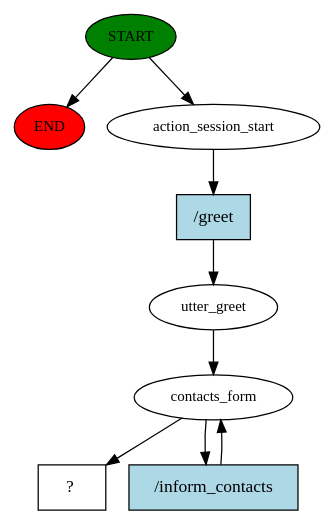
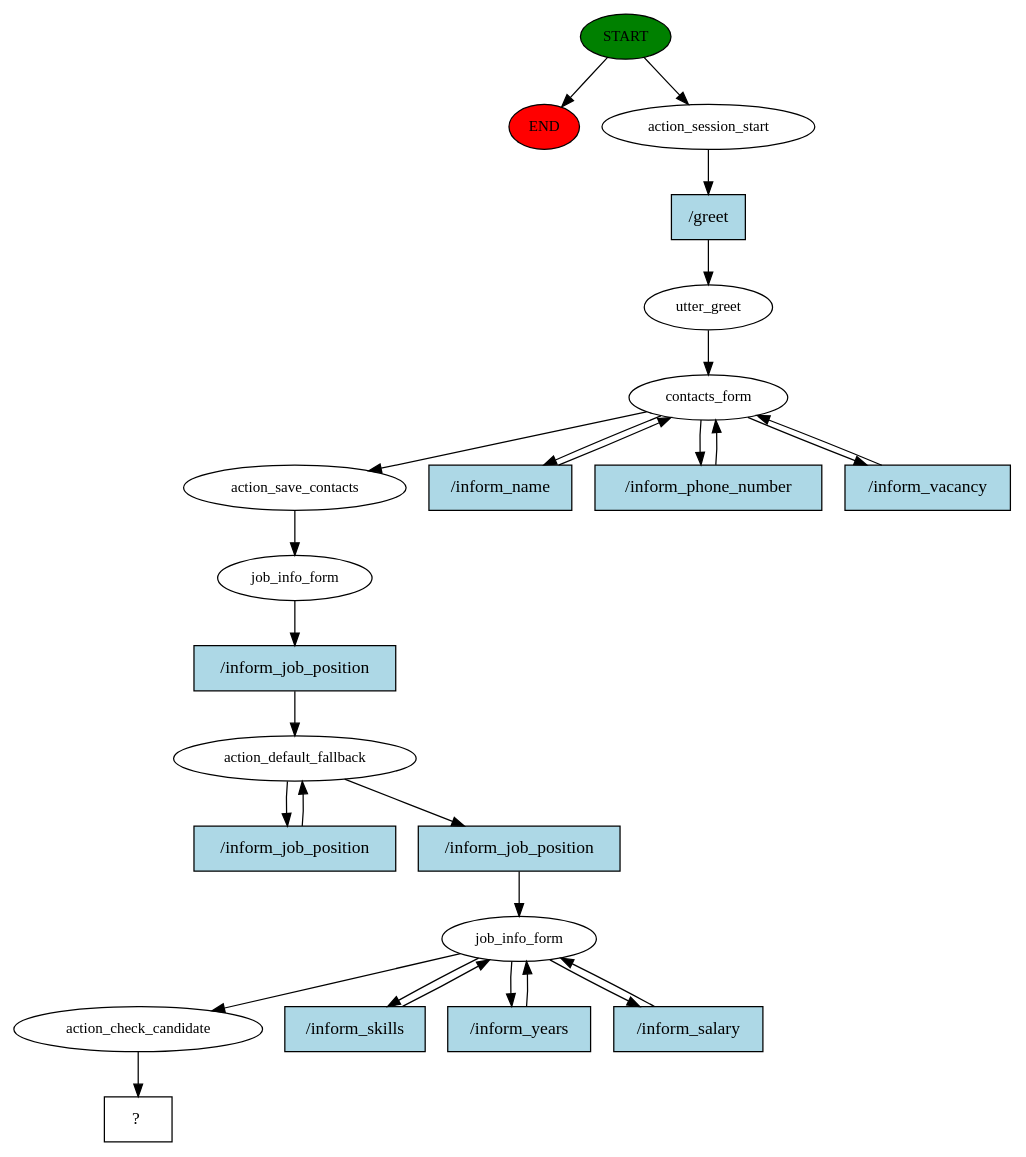
The diagram in story_graph.dot (blufox21/rasa_hr_bot), drawn with Graphviz before and after one commit. The commit also changed 206 other files, not shown here.

```diff
--- a/story_graph.dot
+++ b/story_graph.dot
@@ -1,18 +1,50 @@
 digraph  {
 0 [class="start active", fillcolor=green, fontsize=12, label=START, style=filled];
 "-1" [class=end, fillcolor=red, fontsize=12, label=END, style=filled];
 1 [class=active, fontsize=12, label=action_session_start];
 2 [class=active, fontsize=12, label=utter_greet];
 3 [class=active, fontsize=12, label=contacts_form];
-5 [class="intent dashed active", label="  ?  ", shape=rect];
-6 [class="intent active", fillcolor=lightblue, label="/greet", shape=rect, style=filled];
-7 [class="intent active", fillcolor=lightblue, label="/inform_contacts", shape=rect, style=filled];
+7 [class=active, fontsize=12, label=action_save_contacts];
+8 [class=active, fontsize=12, label=job_info_form];
+9 [class=active, fontsize=12, label=action_default_fallback];
+12 [class=active, fontsize=12, label=job_info_form];
+16 [class=active, fontsize=12, label=action_check_candidate];
+17 [class="intent dashed active", label="  ?  ", shape=rect];
+18 [class="intent active", fillcolor=lightblue, label="/greet", shape=rect, style=filled];
+19 [class="intent active", fillcolor=lightblue, label="/inform_name", shape=rect, style=filled];
+20 [class="intent active", fillcolor=lightblue, label="/inform_phone_number", shape=rect, style=filled];
+21 [class="intent active", fillcolor=lightblue, label="/inform_vacancy", shape=rect, style=filled];
+22 [class="intent active", fillcolor=lightblue, label="/inform_job_position", shape=rect, style=filled];
+23 [class="intent active", fillcolor=lightblue, label="/inform_job_position", shape=rect, style=filled];
+24 [class="intent active", fillcolor=lightblue, label="/inform_job_position", shape=rect, style=filled];
+25 [class="intent active", fillcolor=lightblue, label="/inform_skills", shape=rect, style=filled];
+26 [class="intent active", fillcolor=lightblue, label="/inform_years", shape=rect, style=filled];
+27 [class="intent active", fillcolor=lightblue, label="/inform_salary", shape=rect, style=filled];
 0 -> "-1"  [class="", key=NONE, label=""];
 0 -> 1  [class=active, key=NONE, label=""];
-1 -> 6  [class=active, key=0];
+1 -> 18  [class=active, key=0];
 2 -> 3  [class=active, key=NONE, label=""];
-3 -> 5  [class=active, key=NONE, label=""];
-3 -> 7  [class=active, key=0];
-6 -> 2  [class=active, key=0];
-7 -> 3  [class=active, key=0];
+3 -> 7  [class=active, key=NONE, label=""];
+3 -> 19  [class=active, key=0];
+3 -> 20  [class=active, key=0];
+3 -> 21  [class=active, key=0];
+7 -> 8  [class=active, key=NONE, label=""];
+8 -> 22  [class=active, key=0];
+9 -> 23  [class=active, key=0];
+9 -> 24  [class=active, key=0];
+12 -> 16  [class=active, key=NONE, label=""];
+12 -> 25  [class=active, key=0];
+12 -> 26  [class=active, key=0];
+12 -> 27  [class=active, key=0];
+16 -> 17  [class=active, key=NONE, label=""];
+18 -> 2  [class=active, key=0];
+19 -> 3  [class=active, key=0];
+20 -> 3  [class=active, key=0];
+21 -> 3  [class=active, key=0];
+22 -> 9  [class=active, key=0];
+23 -> 9  [class=active, key=0];
+24 -> 12  [class=active, key=0];
+25 -> 12  [class=active, key=0];
+26 -> 12  [class=active, key=0];
+27 -> 12  [class=active, key=0];
 }
```
